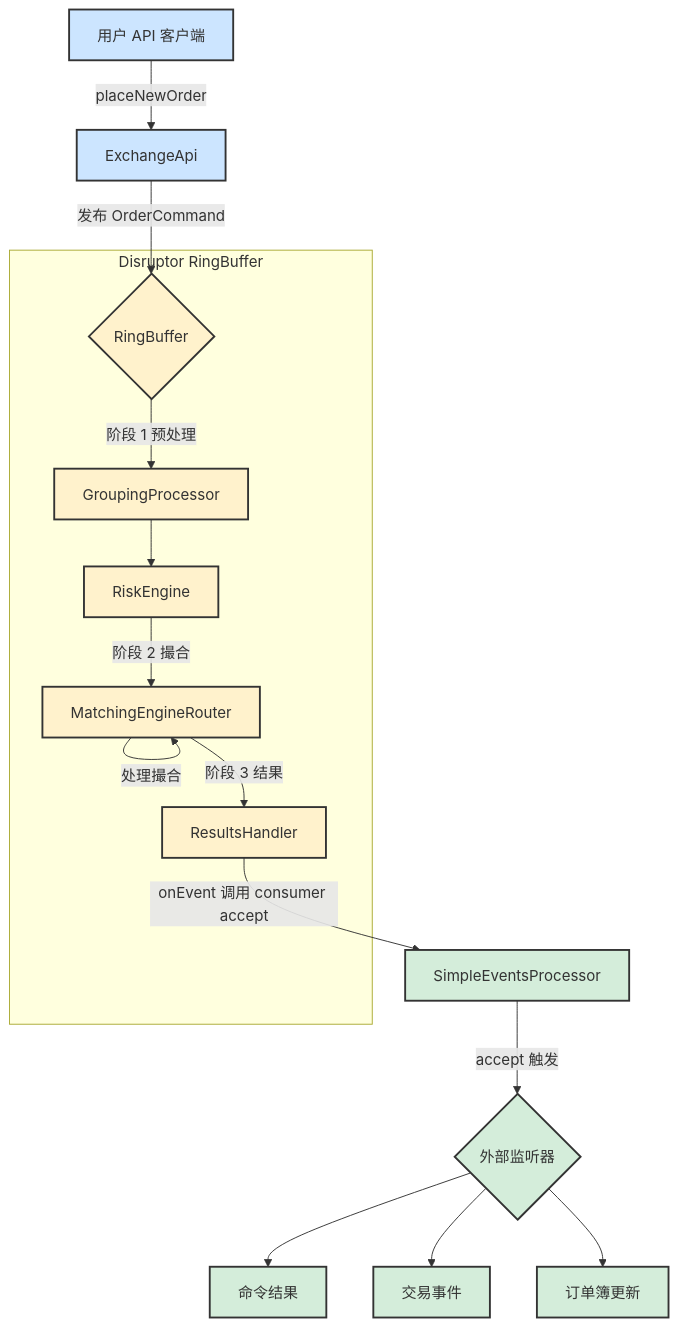
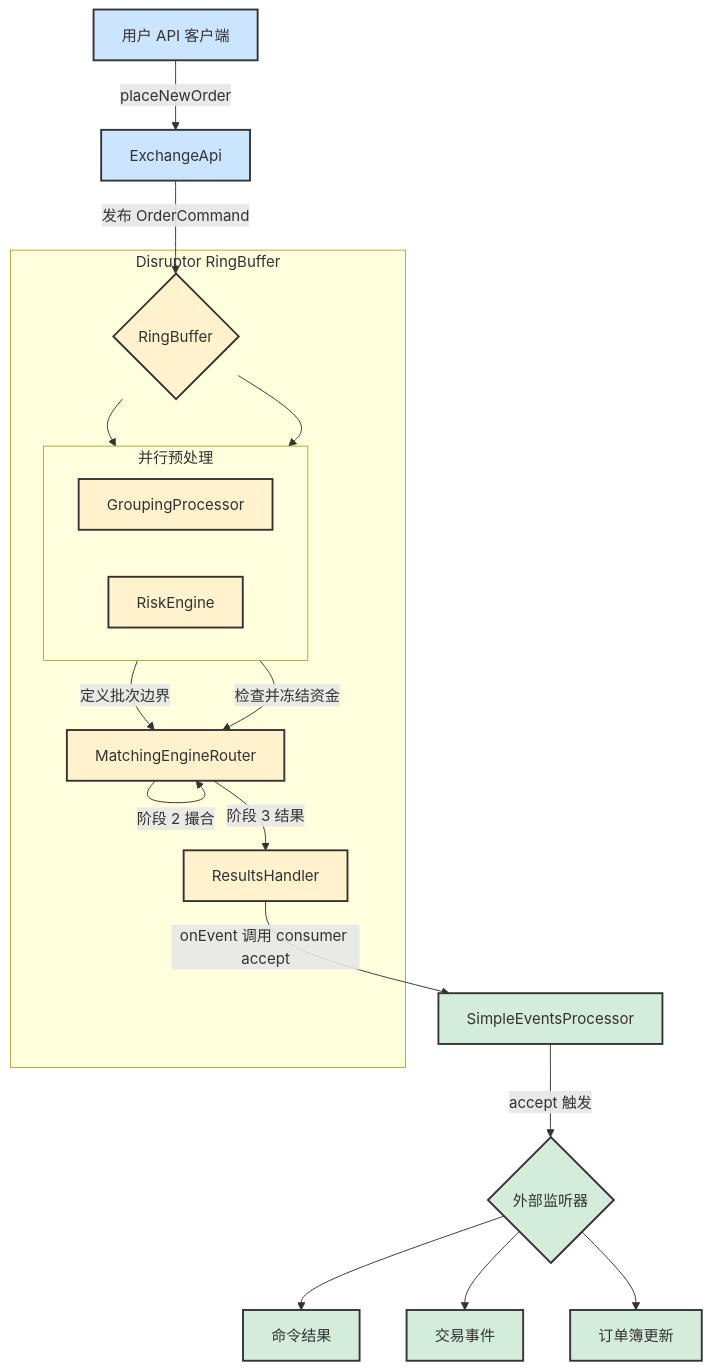
One commit to C18519898242/exchange-core changed the diagram in ARCHITECTURE.cn.md. Above: the diagram before and after it, drawn with Mermaid. The commit also changed other lines of this file and 1 other file, not shown here.

Commit message:
docs: Correct Stage 1 processors to show parallel execution

````diff
--- a/ARCHITECTURE.cn.md
+++ b/ARCHITECTURE.cn.md
@@ -9,53 +9,59 @@
 ```mermaid
 flowchart TD
-    %% 客户端节点
+    %% Client Nodes
     A[用户 API 客户端]
     B[ExchangeApi]
 
-    %% 核心处理子图
+    %% Core Processing Subgraph
     subgraph 交易核心 [Disruptor RingBuffer]
         C{RingBuffer}
-        D[GroupingProcessor]
-        E[RiskEngine]
+        
+        subgraph 阶段 1 [并行预处理]
+            direction LR
+            D[GroupingProcessor]
+            E[RiskEngine]
+        end
+
         F[MatchingEngineRouter]
         G[ResultsHandler]
     end
 
-    %% 事件处理节点
+    %% Event Handling Nodes
     H[SimpleEventsProcessor]
     I{外部监听器}
     I1[命令结果]
     I2[交易事件]
     I3[订单簿更新]
 
-    %% 连接
+    %% Connections
     A -->|placeNewOrder| B;
     B -->|发布 OrderCommand| C;
-    C -->|阶段 1 预处理| D;
-    D --> E;
-    E -->|阶段 2 撮合| F;
-    F -->|处理撮合| F;
+    C --> D;
+    C --> E;
+    D -->|定义批次边界| F;
+    E -->|检查并冻结资金| F;
+    F -->|阶段 2 撮合| F;
     F -->|阶段 3 结果| G;
     G -->|onEvent 调用 consumer accept| H;
     H -->|accept 触发| I;
     I --> I1;
     I --> I2;
     I --> I3;
 
-    %% 样式定义
+    %% Style Definitions
     classDef client fill:#cce5ff,stroke:#333,stroke-width:2px;
     classDef core fill:#fff2cc,stroke:#333,stroke-width:2px;
     classDef handling fill:#d4edda,stroke:#333,stroke-width:2px;
 
     class A,B client;
     class C,D,E,F,G core;
     class H,I,I1,I2,I3 handling;
 
-    %% 点击链接到源代码
-    click B "https://github.com/C18519898242/exchange-core/blob/master/src/main/java/exchange/core2/core/ExchangeApi.java" "打开 ExchangeApi.java" _blank
-    click D "https://github.com/C18519898242/exchange-core/blob/master/src/main/java/exchange/core2/core/processors/GroupingProcessor.java" "打开 GroupingProcessor.java" _blank
-    click E "https://github.com/C18519898242/exchange-core/blob/master/src/main/java/exchange/core2/core/processors/RiskEngine.java" "打开 RiskEngine.java" _blank
-    click F "https://github.com/C18519898242/exchange-core/blob/master/src/main/java/exchange/core2/core/processors/MatchingEngineRouter.java" "打开 MatchingEngineRouter.java" _blank
-    click G "https://github.com/C18519898242/exchange-core/blob/master/src/main/java/exchange/core2/core/processors/ResultsHandler.java" "打开 ResultsHandler.java" _blank
-    click H "https://github.com/C18519898242/exchange-core/blob/master/src/main/java/exchange/core2/core/SimpleEventsProcessor.java" "打开 SimpleEventsProcessor.java" _blank
+    %% Clickable Links to Source Code
+    click B "https://github.com/C18519898242/exchange-core/blob/master/src/main/java/exchange/core2/core/ExchangeApi.java" "Open ExchangeApi.java" _blank
+    click D "https://github.com/C18519898242/exchange-core/blob/master/src/main/java/exchange/core2/core/processors/GroupingProcessor.java" "Open GroupingProcessor.java" _blank
+    click E "https://github.com/C18519898242/exchange-core/blob/master/src/main/java/exchange/core2/core/processors/RiskEngine.java" "Open RiskEngine.java" _blank
+    click F "https://github.com/C18519898242/exchange-core/blob/master/src/main/java/exchange/core2/core/processors/MatchingEngineRouter.java" "Open MatchingEngineRouter.java" _blank
+    click G "https://github.com/C18519898242/exchange-core/blob/master/src/main/java/exchange/core2/core/processors/ResultsHandler.java" "Open ResultsHandler.java" _blank
+    click H "https://github.com/C18519898242/exchange-core/blob/master/src/main/java/exchange/core2/core/SimpleEventsProcessor.java" "Open SimpleEventsProcessor.java" _blank
 ```
````
